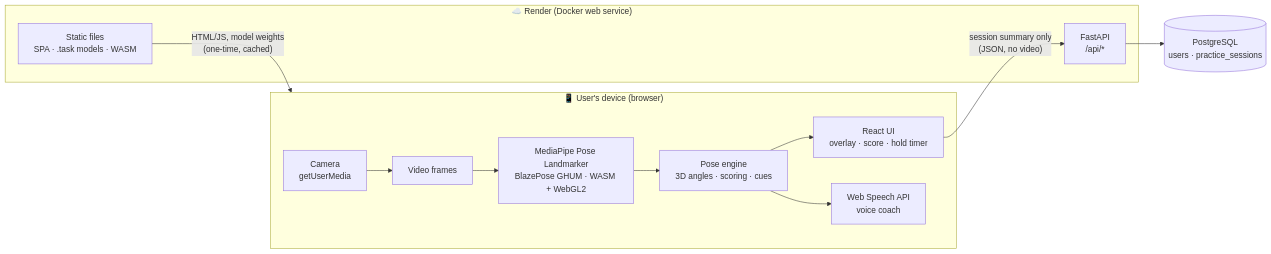
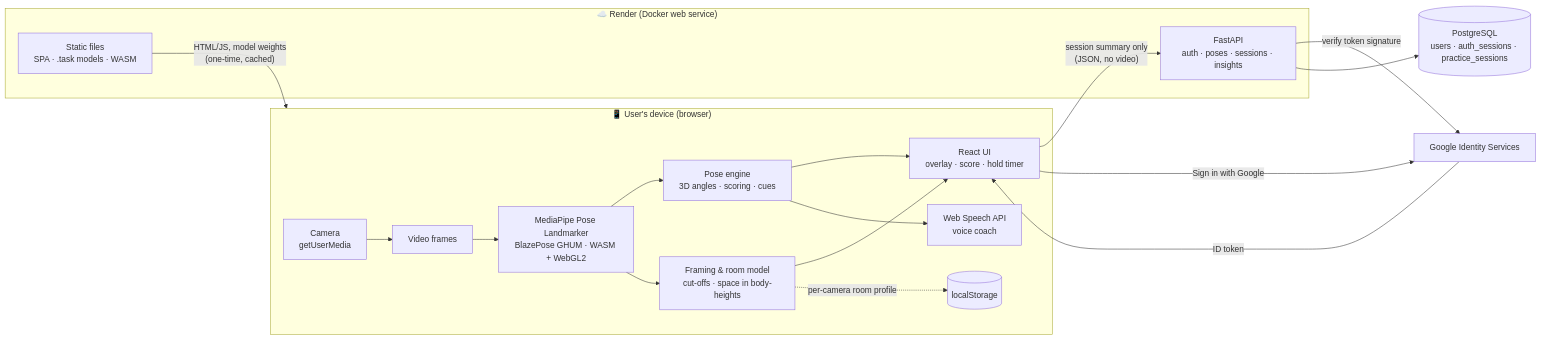
Before and after one commit to anay15/Prana: the first of 7 diagrams in README.md, drawn with Mermaid. The commit also changed other lines of this file and 1 other file, not shown here.

First line of the commit message:
Document accounts, personal coaching and small-room support

````diff
--- a/README.md
+++ b/README.md
@@ -59,21 +62,28 @@
 ```mermaid
 flowchart LR
     subgraph Device["📱 User's device (browser)"]
         CAM[Camera<br/>getUserMedia] --> VID[Video frames]
         VID --> ML["MediaPipe Pose Landmarker<br/>BlazePose GHUM · WASM + WebGL2"]
         ML --> ENG["Pose engine<br/>3D angles · scoring · cues"]
+        ML --> FRAME["Framing & room model<br/>cut-offs · space in body-heights"]
         ENG --> UI["React UI<br/>overlay · score · hold timer"]
+        FRAME --> UI
         ENG --> TTS["Web Speech API<br/>voice coach"]
+        FRAME -. per-camera room profile .-> LS[(localStorage)]
     end
 
     subgraph Render["☁️ Render (Docker web service)"]
-        API["FastAPI<br/>/api/*"]
+        API["FastAPI<br/>auth · poses · sessions · insights"]
         STATIC["Static files<br/>SPA · .task models · WASM"]
     end
 
-    DB[("PostgreSQL<br/>users · practice_sessions")]
+    DB[("PostgreSQL<br/>users · auth_sessions · practice_sessions")]
+    GIS["Google Identity Services"]
 
     STATIC -- "HTML/JS, model weights<br/>(one-time, cached)" --> Device
     UI -- "session summary only<br/>(JSON, no video)" --> API
+    UI -- "Sign in with Google" --> GIS
+    GIS -- "ID token" --> UI
+    API -- "verify token signature" --> GIS
     API --> DB
 ```
````
